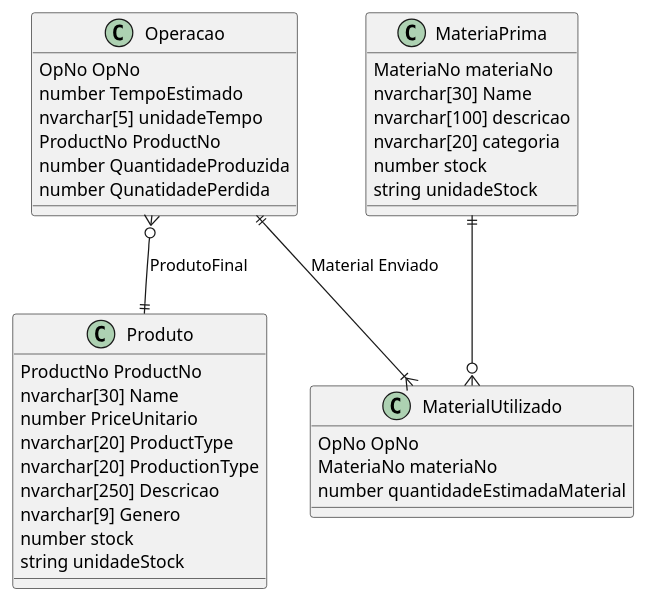
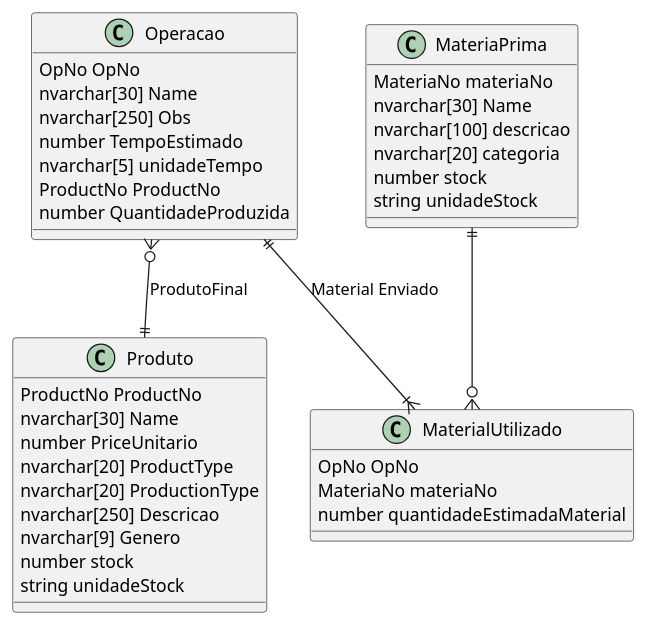
The diagram in DesenhoLogico/Normalizacao/NormalizacaoOperacoes.plantuml (Arturito2005/TrabalhoBD), drawn with PlantUML before and after one commit.

```diff
--- a/DesenhoLogico/Normalizacao/NormalizacaoOperacoes.plantuml
+++ b/DesenhoLogico/Normalizacao/NormalizacaoOperacoes.plantuml
@@ -1,43 +1,44 @@
 @startuml NormalizacaoOperacoes
 
 class Produto {
     ProductNo ProductNo
     nvarchar[30] Name 
     number PriceUnitario 
     nvarchar[20] ProductType
     nvarchar[20] ProductionType
     nvarchar[250] Descricao
     nvarchar[9] Genero
     number stock 
     string unidadeStock
 }
 
 class Operacao {
     OpNo OpNo
+    nvarchar[30] Name 
+    nvarchar[250] Obs
     number TempoEstimado 
     nvarchar[5] unidadeTempo
     ProductNo ProductNo 
-    number QuantidadeProduzida
-    number QunatidadePerdida  
+    number QuantidadeProduzida  
 }
 
 class MaterialUtilizado {
     OpNo OpNo 
     MateriaNo materiaNo
     number quantidadeEstimadaMaterial
 }
 
 class MateriaPrima {
     MateriaNo materiaNo
     nvarchar[30] Name 
     nvarchar[100] descricao
     nvarchar[20] categoria
     number stock 
     string unidadeStock
 }
 
 Operacao }o--|| Produto: ProdutoFinal
 Operacao ||--|{ MaterialUtilizado: Material Enviado
 MateriaPrima ||--o{ MaterialUtilizado
 
 @end
```
